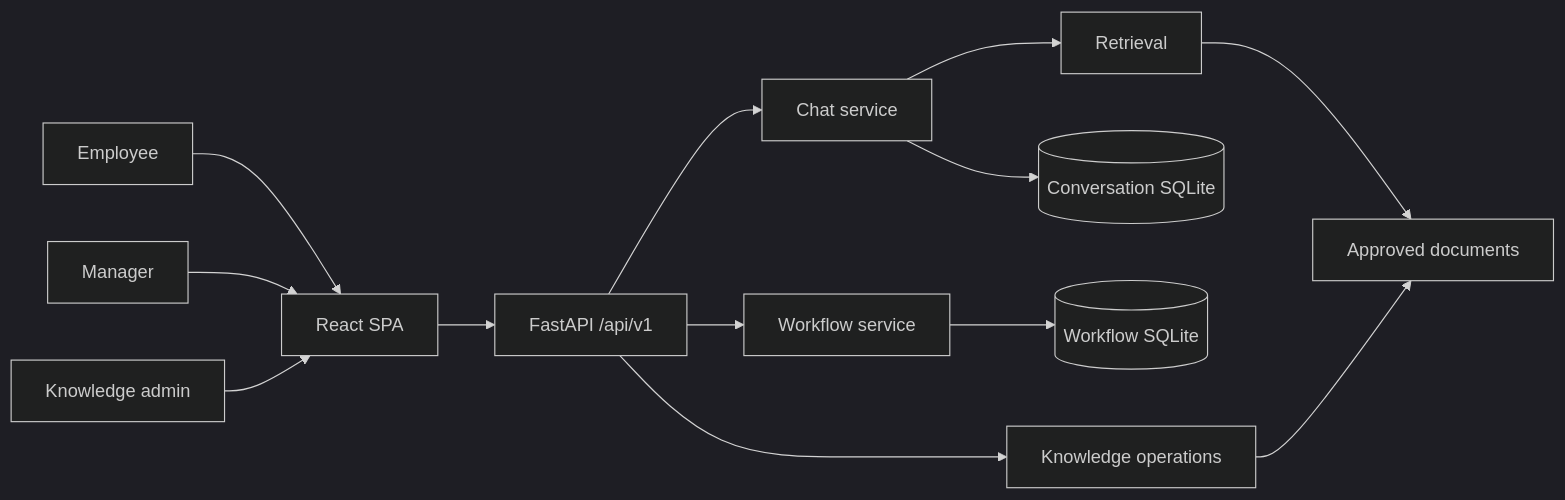
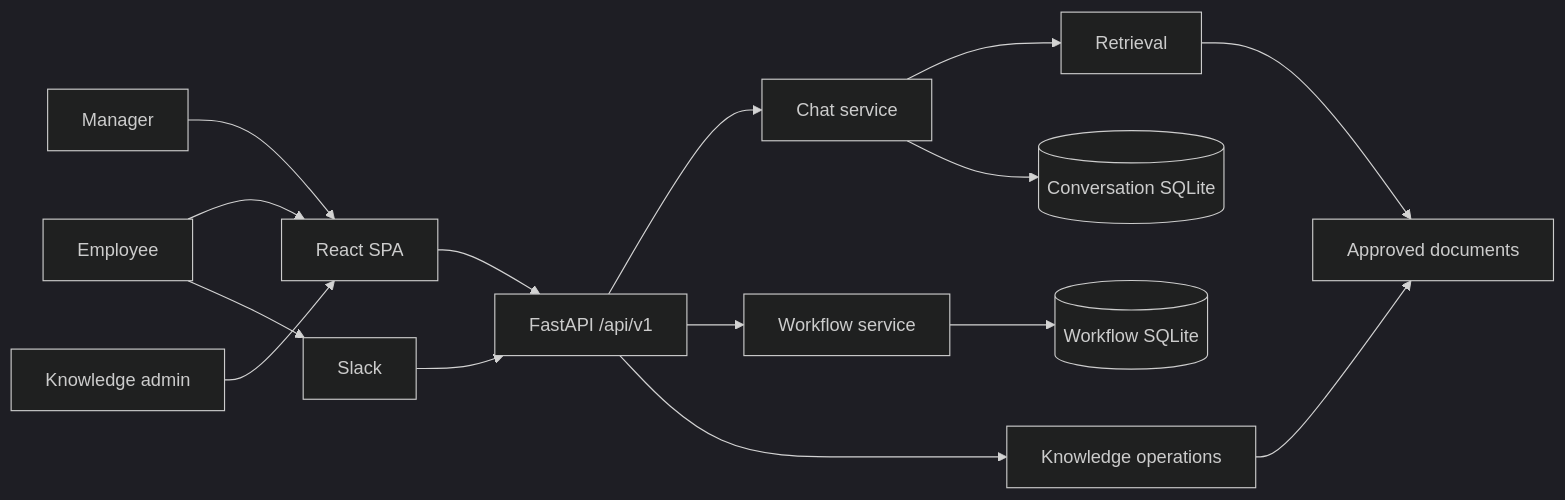
One commit to JDH-d/AI-in-HR_DEMO changed the diagram in README.md. Above: the diagram before and after it, drawn with Mermaid (dark theme). The commit also changed other lines of this file and 66 other files, not shown here.

```diff
--- a/README.md
+++ b/README.md
@@ -96,17 +104,19 @@
 ~~~mermaid
 flowchart LR
     E[Employee] --> UI[React SPA]
+    E --> SLACK[Slack]
     M[Manager] --> UI
     K[Knowledge admin] --> UI
 
     UI --> API[FastAPI /api/v1]
+    SLACK --> API
     API --> CHAT[Chat service]
     API --> FLOW[Workflow service]
     API --> OPS[Knowledge operations]
 
     CHAT --> RAG[Retrieval]
     RAG --> DOCS[Approved documents]
     CHAT --> HISTORY[(Conversation SQLite)]
     FLOW --> REQUESTS[(Workflow SQLite)]
     OPS --> DOCS
 ~~~
```
